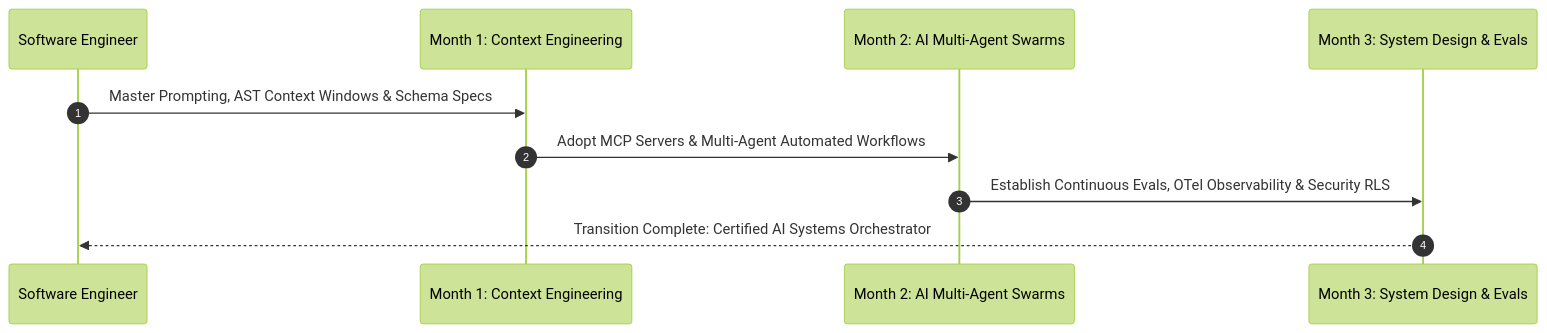
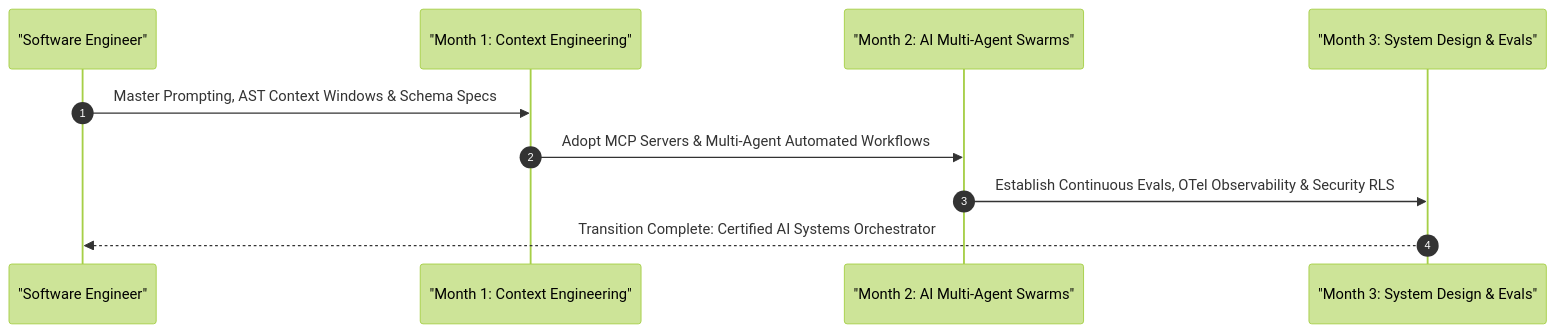
One commit to vesviet/vesviet changed the second of 2 diagrams in content/series/ai-driven-engineer/executive-summary.md. Above: the diagram before and after it, drawn with Mermaid (forest theme). The commit also changed other lines of this file and 331 other files, not shown here.

````diff
--- a/content/series/ai-driven-engineer/executive-summary.md
+++ b/content/series/ai-driven-engineer/executive-summary.md
@@ -184,13 +191,13 @@
 ```mermaid
 sequenceDiagram
     autonumber
-    participant Dev as Software Engineer
-    participant Month1 as Month 1: Context Engineering
-    participant Month2 as Month 2: AI Multi-Agent Swarms
-    participant Month3 as Month 3: System Design & Evals
+    participant Dev as "Software Engineer"
+    participant Month1 as "Month 1: Context Engineering"
+    participant Month2 as "Month 2: AI Multi-Agent Swarms"
+    participant Month3 as "Month 3: System Design & Evals"
 
     Dev->>Month1: Master Prompting, AST Context Windows & Schema Specs
     Month1->>Month2: Adopt MCP Servers & Multi-Agent Automated Workflows
     Month2->>Month3: Establish Continuous Evals, OTel Observability & Security RLS
     Month3-->>Dev: Transition Complete: Certified AI Systems Orchestrator
 ```
````
